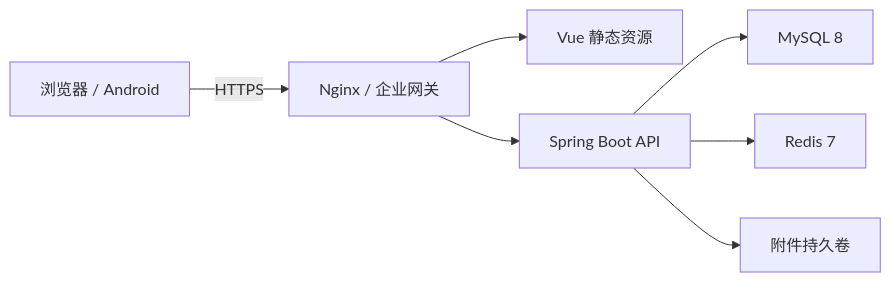
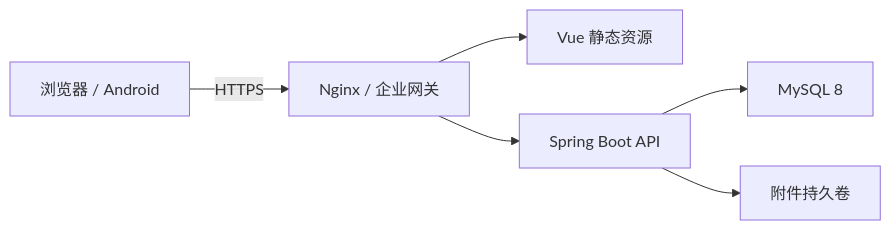
The diagram in docs/12-V1发布与运维手册.md (Azi9527/LeanTPM), drawn with Mermaid before and after one commit. The commit also changed other lines of this file and 333 other files, not shown here.

````diff
--- a/docs/12-V1发布与运维手册.md
+++ b/docs/12-V1发布与运维手册.md
@@ -7,9 +7,8 @@
 ```mermaid
 flowchart LR
     U["浏览器 / Android"] -->|HTTPS| N["Nginx / 企业网关"]
     N --> F["Vue 静态资源"]
     N --> B["Spring Boot API"]
     B --> M["MySQL 8"]
-    B --> R["Redis 7"]
     B --> S["附件持久卷"]
 ```
````
